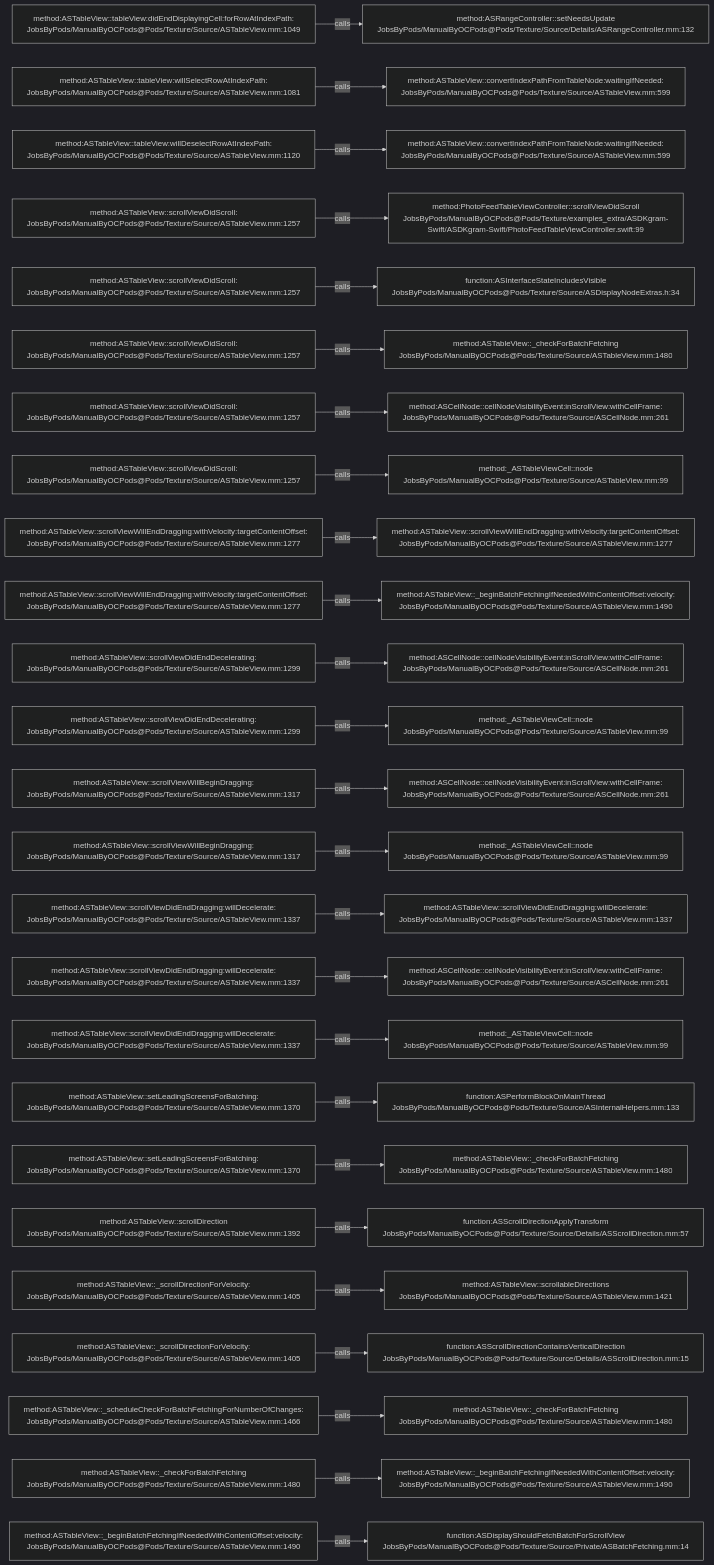
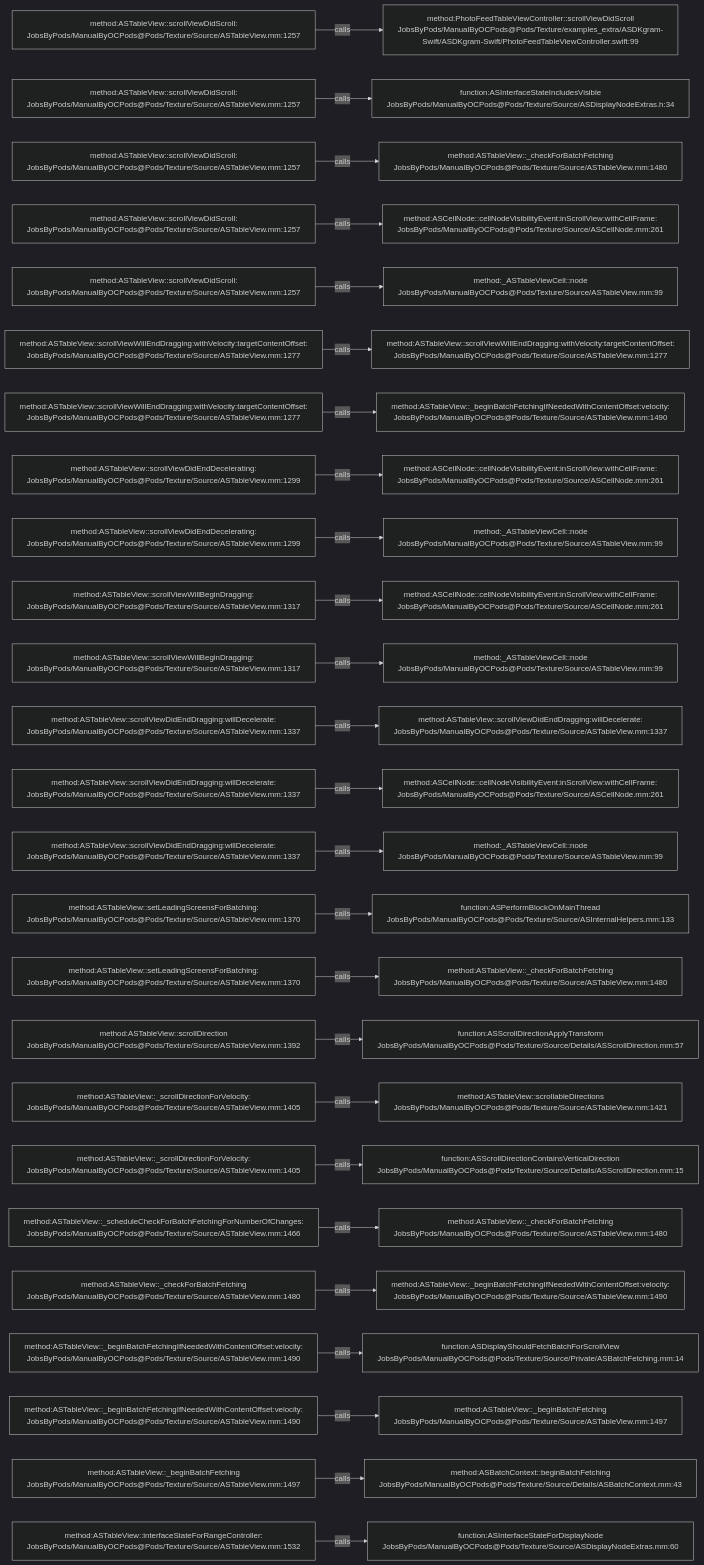
One commit to JobsKits/JobsOCBaseConfigDemo changed the diagram in .codegraph/codegraph.md/graphs/calls-131.md. Above: the diagram before and after it, drawn with Mermaid (dark theme). The commit also changed 342 other files, not shown here.

````diff
--- a/.codegraph/codegraph.md/graphs/calls-131.md
+++ b/.codegraph/codegraph.md/graphs/calls-131.md
@@ -13,78 +13,78 @@
 ```mermaid
 flowchart LR
-  S1["method:ASTableView::tableView:didEndDisplayingCell:forRowAtIndexPath:<br/>JobsByPods/ManualByOCPods@Pods/Texture/Source/ASTableView.mm:1049"]
-  T1["method:ASRangeController::setNeedsUpdate<br/>JobsByPods/ManualByOCPods@Pods/Texture/Source/Details/ASRangeController.mm:132"]
+  S1["method:ASTableView::scrollViewDidScroll:<br/>JobsByPods/ManualByOCPods@Pods/Texture/Source/ASTableView.mm:1257"]
+  T1["method:PhotoFeedTableViewController::scrollViewDidScroll<br/>JobsByPods/ManualByOCPods@Pods/Texture/examples_extra/ASDKgram-Swift/ASDKgram-Swift/PhotoFeedTableViewController.swift:99"]
   S1 -->|calls| T1
-  S2["method:ASTableView::tableView:willSelectRowAtIndexPath:<br/>JobsByPods/ManualByOCPods@Pods/Texture/Source/ASTableView.mm:1081"]
-  T2["method:ASTableView::convertIndexPathFromTableNode:waitingIfNeeded:<br/>JobsByPods/ManualByOCPods@Pods/Texture/Source/ASTableView.mm:599"]
+  S2["method:ASTableView::scrollViewDidScroll:<br/>JobsByPods/ManualByOCPods@Pods/Texture/Source/ASTableView.mm:1257"]
+  T2["function:ASInterfaceStateIncludesVisible<br/>JobsByPods/ManualByOCPods@Pods/Texture/Source/ASDisplayNodeExtras.h:34"]
   S2 -->|calls| T2
-  S3["method:ASTableView::tableView:willDeselectRowAtIndexPath:<br/>JobsByPods/ManualByOCPods@Pods/Texture/Source/ASTableView.mm:1120"]
-  T3["method:ASTableView::convertIndexPathFromTableNode:waitingIfNeeded:<br/>JobsByPods/ManualByOCPods@Pods/Texture/Source/ASTableView.mm:599"]
+  S3["method:ASTableView::scrollViewDidScroll:<br/>JobsByPods/ManualByOCPods@Pods/Texture/Source/ASTableView.mm:1257"]
+  T3["method:ASTableView::_checkForBatchFetching<br/>JobsByPods/ManualByOCPods@Pods/Texture/Source/ASTableView.mm:1480"]
   S3 -->|calls| T3
   S4["method:ASTableView::scrollViewDidScroll:<br/>JobsByPods/ManualByOCPods@Pods/Texture/Source/ASTableView.mm:1257"]
-  T4["method:PhotoFeedTableViewController::scrollViewDidScroll<br/>JobsByPods/ManualByOCPods@Pods/Texture/examples_extra/ASDKgram-Swift/ASDKgram-Swift/PhotoFeedTableViewController.swift:99"]
+  T4["method:ASCellNode::cellNodeVisibilityEvent:inScrollView:withCellFrame:<br/>JobsByPods/ManualByOCPods@Pods/Texture/Source/ASCellNode.mm:261"]
   S4 -->|calls| T4
   S5["method:ASTableView::scrollViewDidScroll:<br/>JobsByPods/ManualByOCPods@Pods/Texture/Source/ASTableView.mm:1257"]
-  T5["function:ASInterfaceStateIncludesVisible<br/>JobsByPods/ManualByOCPods@Pods/Texture/Source/ASDisplayNodeExtras.h:34"]
+  T5["method:_ASTableViewCell::node<br/>JobsByPods/ManualByOCPods@Pods/Texture/Source/ASTableView.mm:99"]
   S5 -->|calls| T5
-  S6["method:ASTableView::scrollViewDidScroll:<br/>JobsByPods/ManualByOCPods@Pods/Texture/Source/ASTableView.mm:1257"]
-  T6["method:ASTableView::_checkForBatchFetching<br/>JobsByPods/ManualByOCPods@Pods/Texture/Source/ASTableView.mm:1480"]
+  S6["method:ASTableView::scrollViewWillEndDragging:withVelocity:targetContentOffset:<br/>JobsByPods/ManualByOCPods@Pods/Texture/Source/ASTableView.mm:1277"]
+  T6["method:ASTableView::scrollViewWillEndDragging:withVelocity:targetContentOffset:<br/>JobsByPods/ManualByOCPods@Pods/Texture/Source/ASTableView.mm:1277"]
   S6 -->|calls| T6
-  S7["method:ASTableView::scrollViewDidScroll:<br/>JobsByPods/ManualByOCPods@Pods/Texture/Source/ASTableView.mm:1257"]
-  T7["method:ASCellNode::cellNodeVisibilityEvent:inScrollView:withCellFrame:<br/>JobsByPods/ManualByOCPods@Pods/Texture/Source/ASCellNode.mm:261"]
+  S7["method:ASTableView::scrollViewWillEndDragging:withVelocity:targetContentOffset:<br/>JobsByPods/ManualByOCPods@Pods/Texture/Source/ASTableView.mm:1277"]
+  T7["method:ASTableView::_beginBatchFetchingIfNeededWithContentOffset:velocity:<br/>JobsByPods/ManualByOCPods@Pods/Texture/Source/ASTableView.mm:1490"]
   S7 -->|calls| T7
-  S8["method:ASTableView::scrollViewDidScroll:<br/>JobsByPods/ManualByOCPods@Pods/Texture/Source/ASTableView.mm:1257"]
-  T8["method:_ASTableViewCell::node<br/>JobsByPods/ManualByOCPods@Pods/Texture/Source/ASTableView.mm:99"]
+  S8["method:ASTableView::scrollViewDidEndDecelerating:<br/>JobsByPods/ManualByOCPods@Pods/Texture/Source/ASTableView.mm:1299"]
+  T8["method:ASCellNode::cellNodeVisibilityEvent:inScrollView:withCellFrame:<br/>JobsByPods/ManualByOCPods@Pods/Texture/Source/ASCellNode.mm:261"]
   S8 -->|calls| T8
-  S9["method:ASTableView::scrollViewWillEndDragging:withVelocity:targetContentOffset:<br/>JobsByPods/ManualByOCPods@Pods/Texture/Source/ASTableView.mm:1277"]
-  T9["method:ASTableView::scrollViewWillEndDragging:withVelocity:targetContentOffset:<br/>JobsByPods/ManualByOCPods@Pods/Texture/Source/ASTableView.mm:1277"]
+  S9["method:ASTableView::scrollViewDidEndDecelerating:<br/>JobsByPods/ManualByOCPods@Pods/Texture/Source/ASTableView.mm:1299"]
+  T9["method:_ASTableViewCell::node<br/>JobsByPods/ManualByOCPods@Pods/Texture/Source/ASTableView.mm:99"]
   S9 -->|calls| T9
-  S10["method:ASTableView::scrollViewWillEndDragging:withVelocity:targetContentOffset:<br/>JobsByPods/ManualByOCPods@Pods/Texture/Source/ASTableView.mm:1277"]
-  T10["method:ASTableView::_beginBatchFetchingIfNeededWithContentOffset:velocity:<br/>JobsByPods/ManualByOCPods@Pods/Texture/Source/ASTableView.mm:1490"]
+  S10["method:ASTableView::scrollViewWillBeginDragging:<br/>JobsByPods/ManualByOCPods@Pods/Texture/Source/ASTableView.mm:1317"]
+  T10["method:ASCellNode::cellNodeVisibilityEvent:inScrollView:withCellFrame:<br/>JobsByPods/ManualByOCPods@Pods/Texture/Source/ASCellNode.mm:261"]
   S10 -->|calls| T10
-  S11["method:ASTableView::scrollViewDidEndDecelerating:<br/>JobsByPods/ManualByOCPods@Pods/Texture/Source/ASTableView.mm:1299"]
-  T11["method:ASCellNode::cellNodeVisibilityEvent:inScrollView:withCellFrame:<br/>JobsByPods/ManualByOCPods@Pods/Texture/Source/ASCellNode.mm:261"]
+  S11["method:ASTableView::scrollViewWillBeginDragging:<br/>JobsByPods/ManualByOCPods@Pods/Texture/Source/ASTableView.mm:1317"]
+  T11["method:_ASTableViewCell::node<br/>JobsByPods/ManualByOCPods@Pods/Texture/Source/ASTableView.mm:99"]
   S11 -->|calls| T11
-  S12["method:ASTableView::scrollViewDidEndDecelerating:<br/>JobsByPods/ManualByOCPods@Pods/Texture/Source/ASTableView.mm:1299"]
-  T12["method:_ASTableViewCell::node<br/>JobsByPods/ManualByOCPods@Pods/Texture/Source/ASTableView.mm:99"]
+  S12["method:ASTableView::scrollViewDidEndDragging:willDecelerate:<br/>JobsByPods/ManualByOCPods@Pods/Texture/Source/ASTableView.mm:1337"]
+  T12["method:ASTableView::scrollViewDidEndDragging:willDecelerate:<br/>JobsByPods/ManualByOCPods@Pods/Texture/Source/ASTableView.mm:1337"]
   S12 -->|calls| T12
-  S13["method:ASTableView::scrollViewWillBeginDragging:<br/>JobsByPods/ManualByOCPods@Pods/Texture/Source/ASTableView.mm:1317"]
+  S13["method:ASTableView::scrollViewDidEndDragging:willDecelerate:<br/>JobsByPods/ManualByOCPods@Pods/Texture/Source/ASTableView.mm:1337"]
   T13["method:ASCellNode::cellNodeVisibilityEvent:inScrollView:withCellFrame:<br/>JobsByPods/ManualByOCPods@Pods/Texture/Source/ASCellNode.mm:261"]
   S13 -->|calls| T13
-  S14["method:ASTableView::scrollViewWillBeginDragging:<br/>JobsByPods/ManualByOCPods@Pods/Texture/Source/ASTableView.mm:1317"]
+  S14["method:ASTableView::scrollViewDidEndDragging:willDecelerate:<br/>JobsByPods/ManualByOCPods@Pods/Texture/Source/ASTableView.mm:1337"]
   T14["method:_ASTableViewCell::node<br/>JobsByPods/ManualByOCPods@Pods/Texture/Source/ASTableView.mm:99"]
   S14 -->|calls| T14
-  S15["method:ASTableView::scrollViewDidEndDragging:willDecelerate:<br/>JobsByPods/ManualByOCPods@Pods/Texture/Source/ASTableView.mm:1337"]
-  T15["method:ASTableView::scrollViewDidEndDragging:willDecelerate:<br/>JobsByPods/ManualByOCPods@Pods/Texture/Source/ASTableView.mm:1337"]
+  S15["method:ASTableView::setLeadingScreensForBatching:<br/>JobsByPods/ManualByOCPods@Pods/Texture/Source/ASTableView.mm:1370"]
+  T15["function:ASPerformBlockOnMainThread<br/>JobsByPods/ManualByOCPods@Pods/Texture/Source/ASInternalHelpers.mm:133"]
   S15 -->|calls| T15
-  S16["method:ASTableView::scrollViewDidEndDragging:willDecelerate:<br/>JobsByPods/ManualByOCPods@Pods/Texture/Source/ASTableView.mm:1337"]
-  T16["method:ASCellNode::cellNodeVisibilityEvent:inScrollView:withCellFrame:<br/>JobsByPods/ManualByOCPods@Pods/Texture/Source/ASCellNode.mm:261"]
+  S16["method:ASTableView::setLeadingScreensForBatching:<br/>JobsByPods/ManualByOCPods@Pods/Texture/Source/ASTableView.mm:1370"]
+  T16["method:ASTableView::_checkForBatchFetching<br/>JobsByPods/ManualByOCPods@Pods/Texture/Source/ASTableView.mm:1480"]
   S16 -->|calls| T16
-  S17["method:ASTableView::scrollViewDidEndDragging:willDecelerate:<br/>JobsByPods/ManualByOCPods@Pods/Texture/Source/ASTableView.mm:1337"]
-  T17["method:_ASTableViewCell::node<br/>JobsByPods/ManualByOCPods@Pods/Texture/Source/ASTableView.mm:99"]
+  S17["method:ASTableView::scrollDirection<br/>JobsByPods/ManualByOCPods@Pods/Texture/Source/ASTableView.mm:1392"]
+  T17["function:ASScrollDirectionApplyTransform<br/>JobsByPods/ManualByOCPods@Pods/Texture/Source/Details/ASScrollDirection.mm:57"]
   S17 -->|calls| T17
-  S18["method:ASTableView::setLeadingScreensForBatching:<br/>JobsByPods/ManualByOCPods@Pods/Texture/Source/ASTableView.mm:1370"]
-  T18["function:ASPerformBlockOnMainThread<br/>JobsByPods/ManualByOCPods@Pods/Texture/Source/ASInternalHelpers.mm:133"]
+  S18["method:ASTableView::_scrollDirectionForVelocity:<br/>JobsByPods/ManualByOCPods@Pods/Texture/Source/ASTableView.mm:1405"]
+  T18["method:ASTableView::scrollableDirections<br/>JobsByPods/ManualByOCPods@Pods/Texture/Source/ASTableView.mm:1421"]
   S18 -->|calls| T18
-  S19["method:ASTableView::setLeadingScreensForBatching:<br/>JobsByPods/ManualByOCPods@Pods/Texture/Source/ASTableView.mm:1370"]
-  T19["method:ASTableView::_checkForBatchFetching<br/>JobsByPods/ManualByOCPods@Pods/Texture/Source/ASTableView.mm:1480"]
+  S19["method:ASTableView::_scrollDirectionForVelocity:<br/>JobsByPods/ManualByOCPods@Pods/Texture/Source/ASTableView.mm:1405"]
+  T19["function:ASScrollDirectionContainsVerticalDirection<br/>JobsByPods/ManualByOCPods@Pods/Texture/Source/Details/ASScrollDirection.mm:15"]
   S19 -->|calls| T19
-  S20["method:ASTableView::scrollDirection<br/>JobsByPods/ManualByOCPods@Pods/Texture/Source/ASTableView.mm:1392"]
-  T20["function:ASScrollDirectionApplyTransform<br/>JobsByPods/ManualByOCPods@Pods/Texture/Source/Details/ASScrollDirection.mm:57"]
+  S20["method:ASTableView::_scheduleCheckForBatchFetchingForNumberOfChanges:<br/>JobsByPods/ManualByOCPods@Pods/Texture/Source/ASTableView.mm:1466"]
+  T20["method:ASTableView::_checkForBatchFetching<br/>JobsByPods/ManualByOCPods@Pods/Texture/Source/ASTableView.mm:1480"]
   S20 -->|calls| T20
-  S21["method:ASTableView::_scrollDirectionForVelocity:<br/>JobsByPods/ManualByOCPods@Pods/Texture/Source/ASTableView.mm:1405"]
-  T21["method:ASTableView::scrollableDirections<br/>JobsByPods/ManualByOCPods@Pods/Texture/Source/ASTableView.mm:1421"]
+  S21["method:ASTableView::_checkForBatchFetching<br/>JobsByPods/ManualByOCPods@Pods/Texture/Source/ASTableView.mm:1480"]
+  T21["method:ASTableView::_beginBatchFetchingIfNeededWithContentOffset:velocity:<br/>JobsByPods/ManualByOCPods@Pods/Texture/Source/ASTableView.mm:1490"]
   S21 -->|calls| T21
-  S22["method:ASTableView::_scrollDirectionForVelocity:<br/>JobsByPods/ManualByOCPods@Pods/Texture/Source/ASTableView.mm:1405"]
-  T22["function:ASScrollDirectionContainsVerticalDirection<br/>JobsByPods/ManualByOCPods@Pods/Texture/Source/Details/ASScrollDirection.mm:15"]
+  S22["method:ASTableView::_beginBatchFetchingIfNeededWithContentOffset:velocity:<br/>JobsByPods/ManualByOCPods@Pods/Texture/Source/ASTableView.mm:1490"]
+  T22["function:ASDisplayShouldFetchBatchForScrollView<br/>JobsByPods/ManualByOCPods@Pods/Texture/Source/Private/ASBatchFetching.mm:14"]
   S22 -->|calls| T22
-  S23["method:ASTableView::_scheduleCheckForBatchFetchingForNumberOfChanges:<br/>JobsByPods/ManualByOCPods@Pods/Texture/Source/ASTableView.mm:1466"]
-  T23["method:ASTableView::_checkForBatchFetching<br/>JobsByPods/ManualByOCPods@Pods/Texture/Source/ASTableView.mm:1480"]
+  S23["method:ASTableView::_beginBatchFetchingIfNeededWithContentOffset:velocity:<br/>JobsByPods/ManualByOCPods@Pods/Texture/Source/ASTableView.mm:1490"]
+  T23["method:ASTableView::_beginBatchFetching<br/>JobsByPods/ManualByOCPods@Pods/Texture/Source/ASTableView.mm:1497"]
   S23 -->|calls| T23
-  S24["method:ASTableView::_checkForBatchFetching<br/>JobsByPods/ManualByOCPods@Pods/Texture/Source/ASTableView.mm:1480"]
-  T24["method:ASTableView::_beginBatchFetchingIfNeededWithContentOffset:velocity:<br/>JobsByPods/ManualByOCPods@Pods/Texture/Source/ASTableView.mm:1490"]
+  S24["method:ASTableView::_beginBatchFetching<br/>JobsByPods/ManualByOCPods@Pods/Texture/Source/ASTableView.mm:1497"]
+  T24["method:ASBatchContext::beginBatchFetching<br/>JobsByPods/ManualByOCPods@Pods/Texture/Source/Details/ASBatchContext.mm:43"]
   S24 -->|calls| T24
-  S25["method:ASTableView::_beginBatchFetchingIfNeededWithContentOffset:velocity:<br/>JobsByPods/ManualByOCPods@Pods/Texture/Source/ASTableView.mm:1490"]
-  T25["function:ASDisplayShouldFetchBatchForScrollView<br/>JobsByPods/ManualByOCPods@Pods/Texture/Source/Private/ASBatchFetching.mm:14"]
+  S25["method:ASTableView::interfaceStateForRangeController:<br/>JobsByPods/ManualByOCPods@Pods/Texture/Source/ASTableView.mm:1532"]
+  T25["function:ASInterfaceStateForDisplayNode<br/>JobsByPods/ManualByOCPods@Pods/Texture/Source/ASDisplayNodeExtras.mm:60"]
   S25 -->|calls| T25
 ```
````
